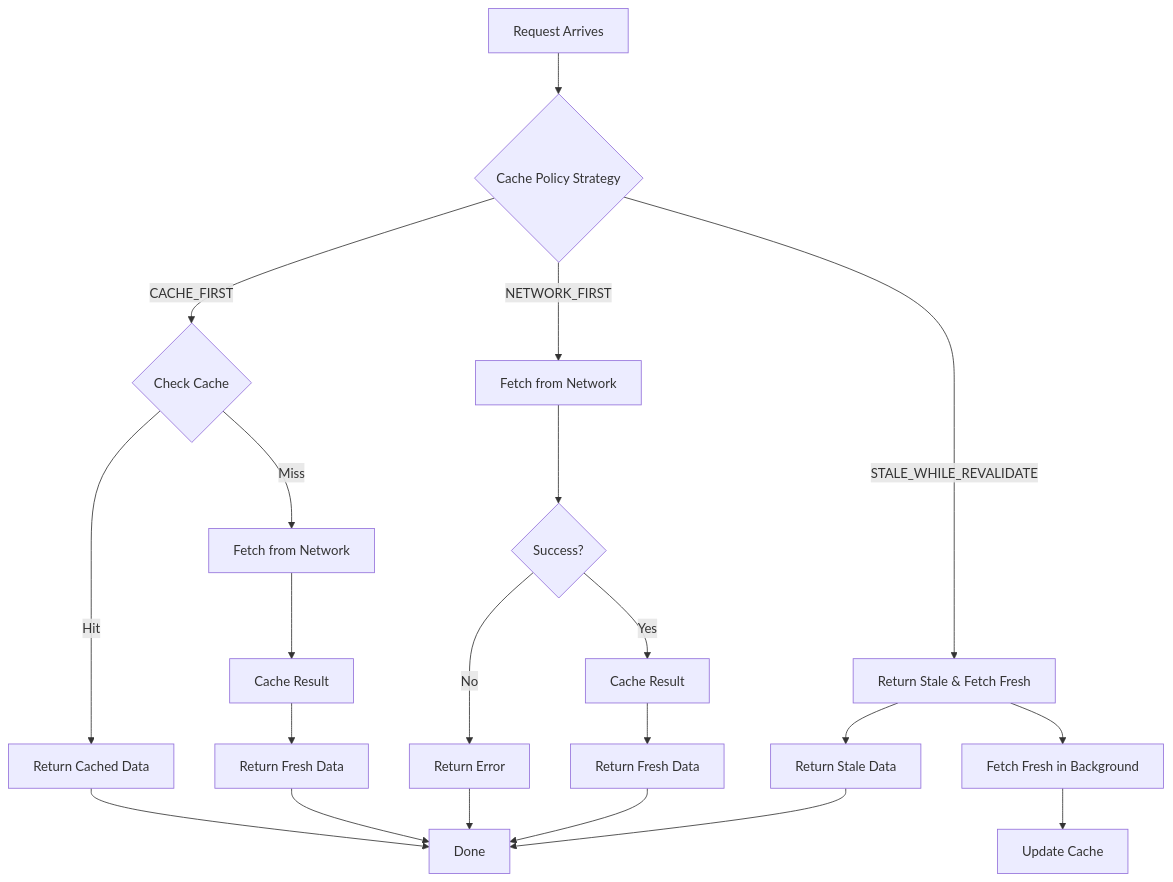
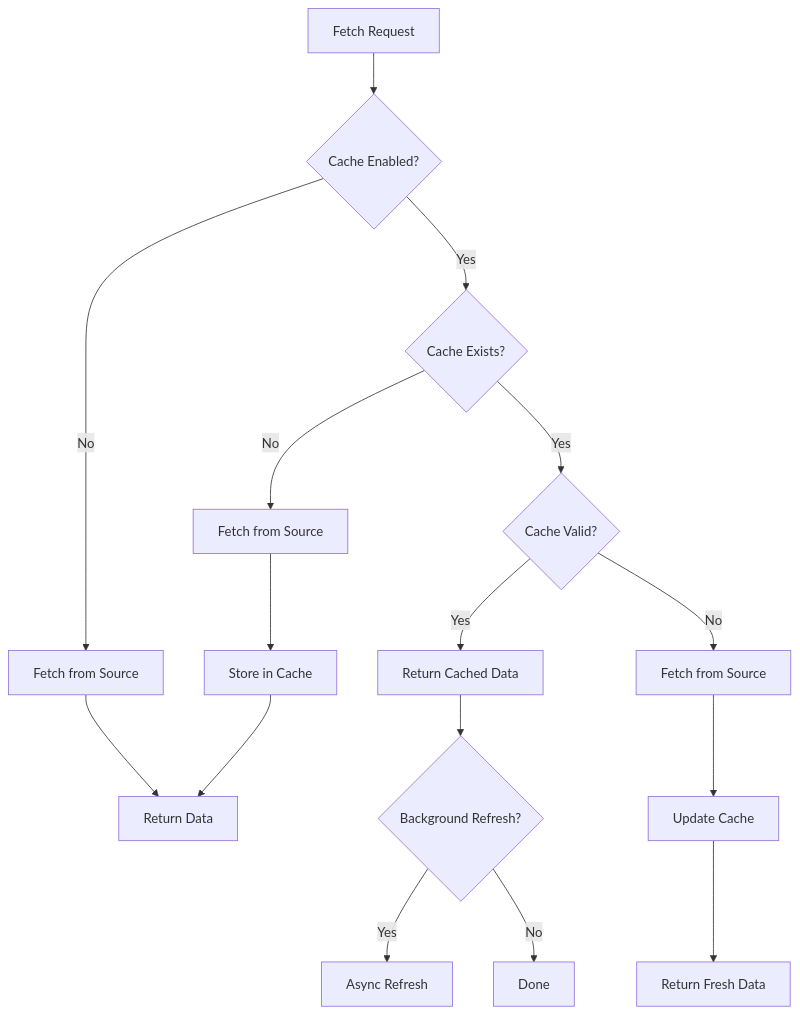
The third of 3 diagrams in docs/fetcher-system.md (zion812/ROSTRY), drawn with Mermaid before and after one commit. The commit also changed other lines of this file and 42 other files, not shown here.

````diff
--- a/docs/fetcher-system.md
+++ b/docs/fetcher-system.md
@@ -579,27 +301,22 @@
 ```mermaid
 flowchart TD
-    A[Request Arrives] --> B{Cache Policy Strategy}
-    B -->|CACHE_FIRST| C{Check Cache}
-    B -->|NETWORK_FIRST| D[Fetch from Network]
-    B -->|STALE_WHILE_REVALIDATE| E[Return Stale & Fetch Fresh]
-
-    C -->|Hit| F[Return Cached Data]
-    C -->|Miss| G[Fetch from Network]
-    G --> H[Cache Result]
-    H --> I[Return Fresh Data]
-
-    D --> J{Success?}
-    J -->|Yes| K[Cache Result]
-    J -->|No| L[Return Error]
-    K --> M[Return Fresh Data]
-
-    E --> N[Return Stale Data]
-    E --> O[Fetch Fresh in Background]
-    O --> P[Update Cache]
-
-    F --> Q[Done]
-    I --> Q
-    L --> Q
-    M --> Q
-    N --> Q
+    A[Fetch Request] --> B{Cache Enabled?}
+    B -->|No| C[Fetch from Source]
+    B -->|Yes| D{Cache Exists?}
+    
+    D -->|No| E[Fetch from Source]
+    E --> F[Store in Cache]
+    F --> G[Return Data]
+    
+    D -->|Yes| H{Cache Valid?}
+    H -->|Yes| I[Return Cached Data]
+    I --> J{Background Refresh?}
+    J -->|Yes| K[Async Refresh]
+    J -->|No| L[Done]
+    
+    H -->|No| M[Fetch from Source]
+    M --> N[Update Cache]
+    N --> O[Return Fresh Data]
+    
+    C --> G
 ```
````
